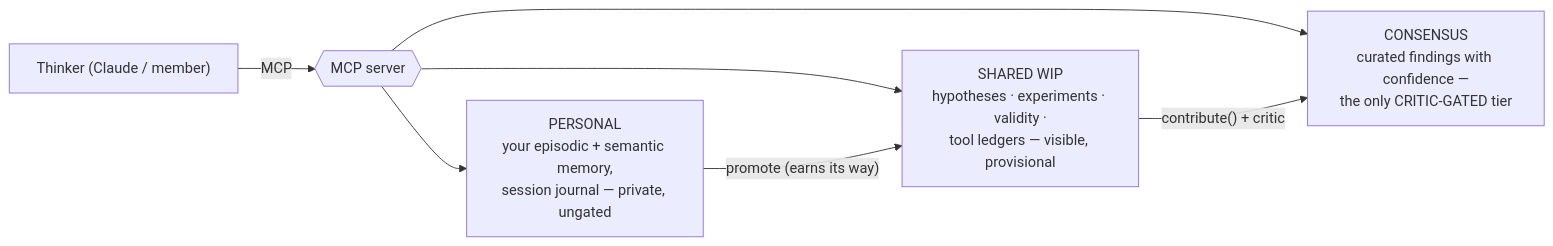
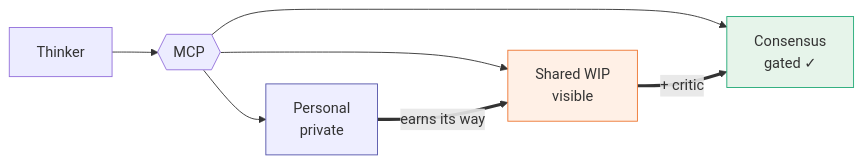
The second of 11 diagrams in docs/architecture-overview.md (jamisonhburks/lab_tracker), drawn with Mermaid before and after one commit. The commit also changed other lines of this file and 23 other files, not shown here.

First line of the commit message:
docs: simplify slide diagrams — short glanceable labels (#69)

````diff
--- a/docs/architecture-overview.md
+++ b/docs/architecture-overview.md
@@ -68,8 +61,11 @@
 ```mermaid
 flowchart LR
-  T["Thinker (Claude / member)"] -->|MCP| API{{MCP server}}
-  API --> P["PERSONAL<br/>your episodic + semantic memory,<br/>session journal — private, ungated"]
-  API --> WIP["SHARED WIP<br/>hypotheses · experiments · validity ·<br/>tool ledgers — visible, provisional"]
-  API --> CON["CONSENSUS<br/>curated findings with confidence —<br/>the only CRITIC-GATED tier"]
-  P -->|"promote (earns its way)"| WIP -->|"contribute() + critic"| CON
+  T["Thinker"] --> API{{MCP}}
+  API --> P["Personal<br/>private"]:::p
+  API --> WIP["Shared WIP<br/>visible"]:::w
+  API --> CON["Consensus<br/>gated ✓"]:::c
+  P ==>|"earns its way"| WIP ==>|"+ critic"| CON
+  classDef p fill:#eef,stroke:#55a;
+  classDef w fill:#fff0e6,stroke:#e73;
+  classDef c fill:#e6f4ea,stroke:#2a7;
 ```
````
